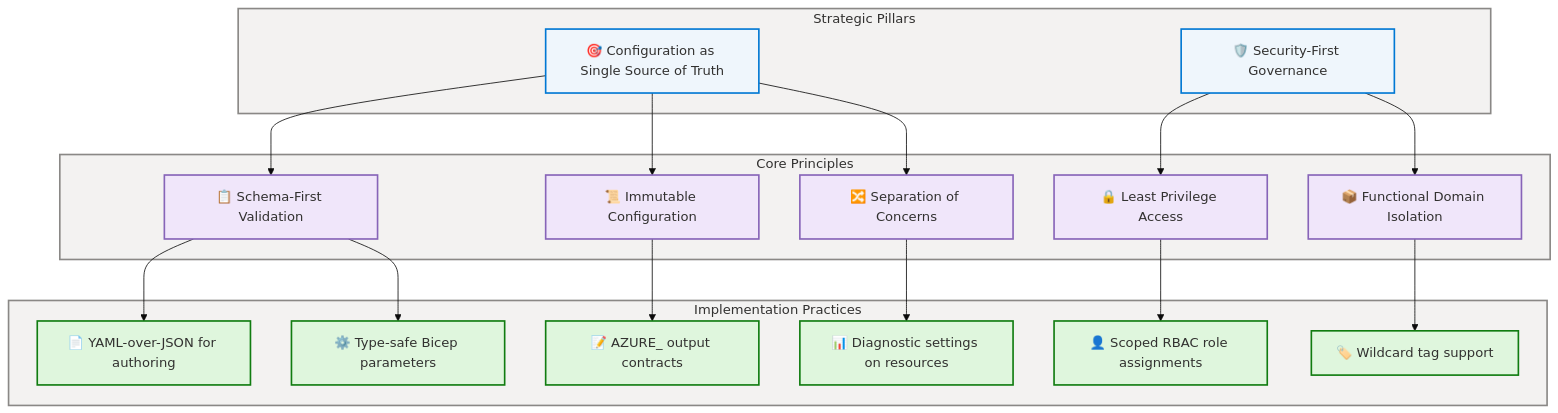
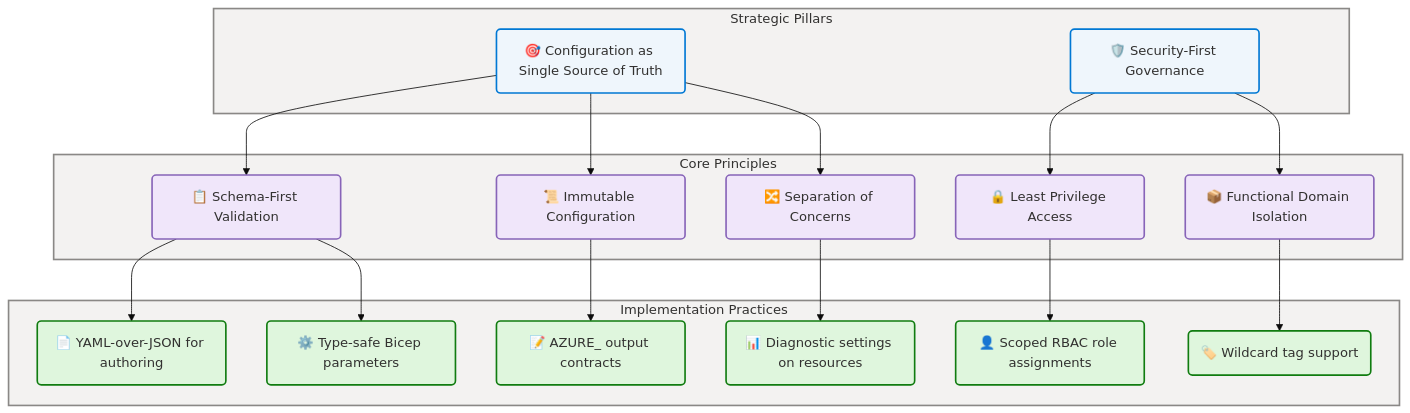
The fourth of 14 diagrams in docs/architecture/data-architecture.md (Evilazaro/DevExp-DevBox), drawn with Mermaid before and after one commit. The commit also changed other lines of this file, not shown here.

Commit message:
feat: update data architecture diagrams with new class definitions and styling

````diff
--- a/docs/architecture/data-architecture.md
+++ b/docs/architecture/data-architecture.md
@@ -480,65 +480,66 @@
 ```mermaid
 ---
 config:
   theme: base
   look: classic
   layout: dagre
   themeVariables:
     fontSize: "16px"
 ---
 flowchart TD
     accTitle: DevExp-DevBox Data Principle Hierarchy
     accDescr: Shows the hierarchical relationship between data architecture principles from strategic pillars to implementation practices
 
     %% ═══════════════════════════════════════════════════════════════════════════
     %% AZURE / FLUENT ARCHITECTURE PATTERN v1.1
     %% (Semantic + Structural + Font + Accessibility Governance)
     %% ═══════════════════════════════════════════════════════════════════════════
     %% PHASE 1 - FLUENT UI: All styling uses approved Fluent UI palette only
     %% PHASE 2 - GROUPS: Every subgraph has semantic color via style directive
     %% PHASE 3 - COMPONENTS: Every node has semantic classDef + icon prefix
     %% PHASE 4 - ACCESSIBILITY: accTitle/accDescr present, WCAG AA contrast
     %% PHASE 5 - STANDARD: Governance block present, classDefs centralized
     %% ═══════════════════════════════════════════════════════════════════════════
 
-    classDef strategic fill:#EFF6FC,stroke:#0078D4,stroke-width:2px,color:#323130
-    classDef principle fill:#F0E6FA,stroke:#8764B8,stroke-width:2px,color:#323130
-    classDef practice fill:#DFF6DD,stroke:#107C10,stroke-width:2px,color:#323130
-
     subgraph Strategic["Strategic Pillars"]
-        SP1["🎯 Configuration as Single Source of Truth"]:::strategic
-        SP2["🛡️ Security-First Governance"]:::strategic
+        SP1("🎯 Configuration as Single Source of Truth"):::core
+        SP2("🛡️ Security-First Governance"):::core
     end
     style Strategic fill:#F3F2F1,stroke:#8A8886,stroke-width:2px,color:#323130
 
     subgraph Principles["Core Principles"]
-        P1["📋 Schema-First Validation"]:::principle
-        P2["🔒 Least Privilege Access"]:::principle
-        P3["📦 Functional Domain Isolation"]:::principle
-        P4["📜 Immutable Configuration"]:::principle
-        P5["🔀 Separation of Concerns"]:::principle
+        P1("📋 Schema-First Validation"):::data
+        P2("🔒 Least Privilege Access"):::data
+        P3("📦 Functional Domain Isolation"):::data
+        P4("📜 Immutable Configuration"):::data
+        P5("🔀 Separation of Concerns"):::data
     end
     style Principles fill:#F3F2F1,stroke:#8A8886,stroke-width:2px,color:#323130
 
     subgraph Practices["Implementation Practices"]
-        PR1["📄 YAML-over-JSON for authoring"]:::practice
-        PR2["⚙️ Type-safe Bicep parameters"]:::practice
-        PR3["📝 AZURE_ output contracts"]:::practice
-        PR4["🏷️ Wildcard tag support"]:::practice
-        PR5["👤 Scoped RBAC role assignments"]:::practice
-        PR6["📊 Diagnostic settings on resources"]:::practice
+        PR1("📄 YAML-over-JSON for authoring"):::success
+        PR2("⚙️ Type-safe Bicep parameters"):::success
+        PR3("📝 AZURE_ output contracts"):::success
+        PR4("🏷️ Wildcard tag support"):::success
+        PR5("👤 Scoped RBAC role assignments"):::success
+        PR6("📊 Diagnostic settings on resources"):::success
     end
     style Practices fill:#F3F2F1,stroke:#8A8886,stroke-width:2px,color:#323130
 
     SP1 --> P1
     SP1 --> P4
     SP2 --> P2
     SP2 --> P3
     SP1 --> P5
     P1 --> PR1
     P1 --> PR2
     P4 --> PR3
     P3 --> PR4
     P2 --> PR5
     P5 --> PR6
+
+    classDef core fill:#EFF6FC,stroke:#0078D4,stroke-width:2px,color:#323130
+    classDef data fill:#F0E6FA,stroke:#8764B8,stroke-width:2px,color:#323130
+    classDef success fill:#DFF6DD,stroke:#107C10,stroke-width:2px,color:#323130
+
 ```
````
